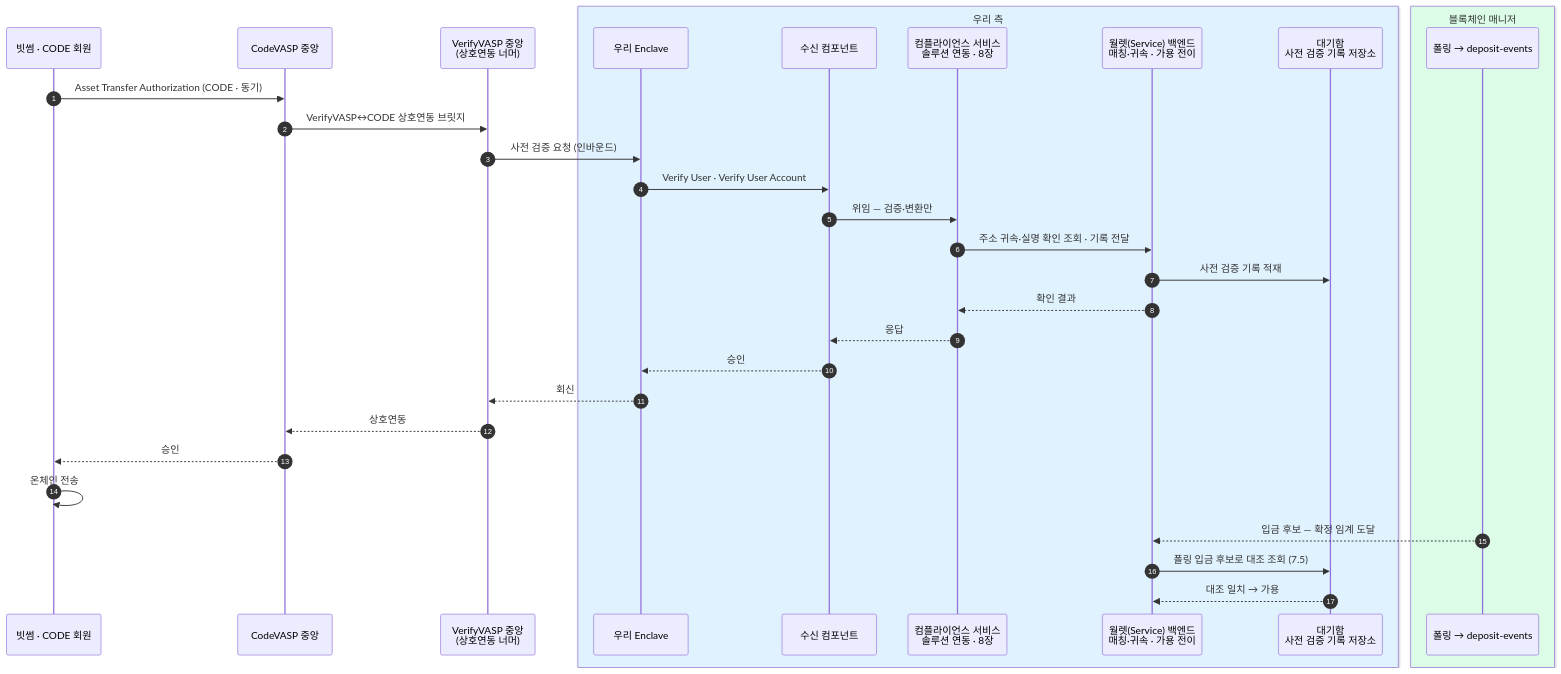
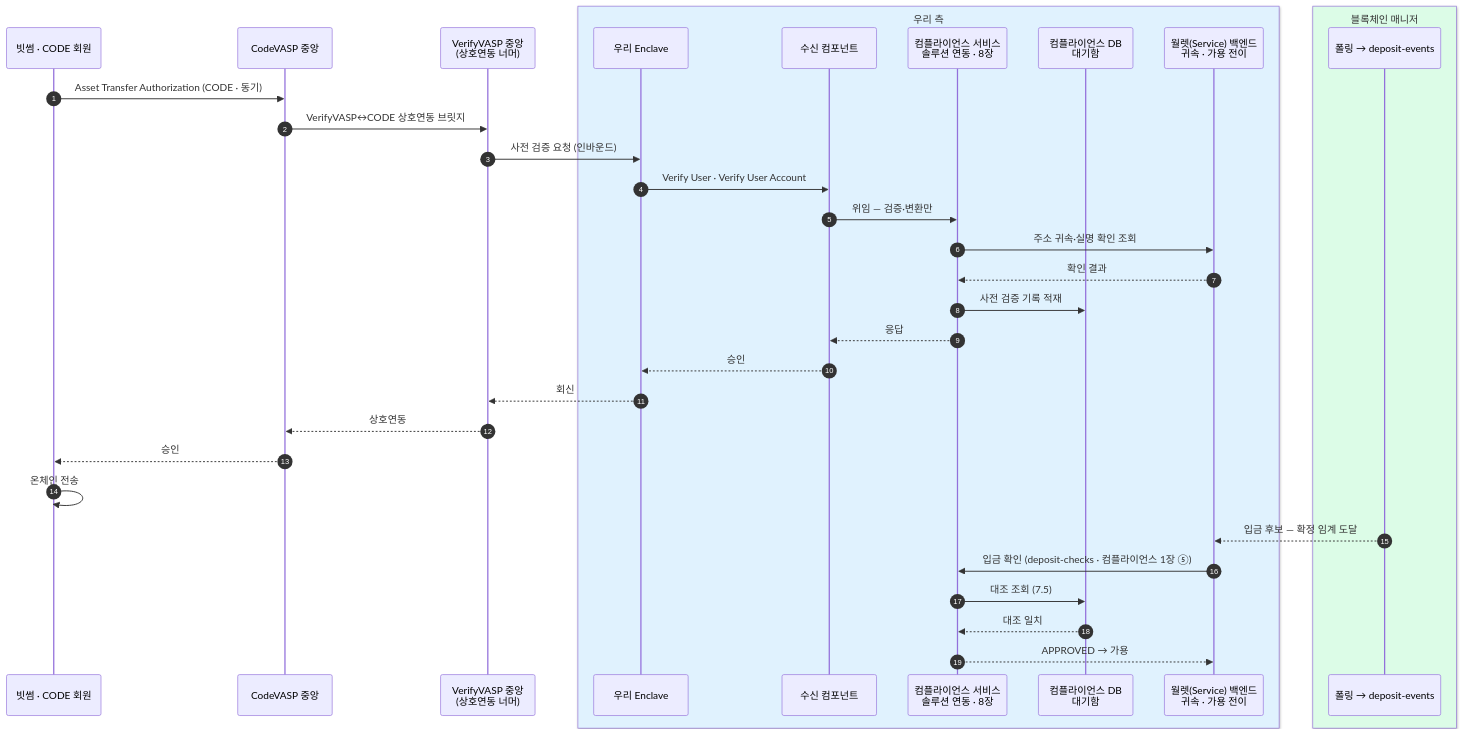
One commit to eunsujeo/eunpus changed the second of 2 diagrams in blockchain-manager/docs/트래블룰/설계/11-appendix-domestic-flows.md. Above: the diagram before and after it, drawn with Mermaid. The commit also changed other lines of this file and 10 other files, not shown here.

````diff
--- a/blockchain-manager/docs/트래블룰/설계/11-appendix-domestic-flows.md
+++ b/blockchain-manager/docs/트래블룰/설계/11-appendix-domestic-flows.md
@@ -72,35 +72,37 @@
 ```mermaid
 sequenceDiagram
     autonumber
     participant SV as 빗썸 · CODE 회원
     participant CV as CodeVASP 중앙
     participant HUB as VerifyVASP 중앙<br/>(상호연동 너머)
     box rgb(224,242,254) 우리 측
     participant EN as 우리 Enclave
     participant RX as 수신 컴포넌트
     participant TR as 컴플라이언스 서비스<br/>솔루션 연동 · 8장
-    participant BE as 월렛(Service) 백엔드<br/>매칭·귀속 · 가용 전이
-    participant WQ as 대기함<br/>사전 검증 기록 저장소
+    participant WQ as 컴플라이언스 DB<br/>대기함
+    participant BE as 월렛(Service) 백엔드<br/>귀속 · 가용 전이
     end
     box rgb(220,252,231) 블록체인 매니저
     participant BM as 폴링 → deposit-events
     end
 
     SV->>CV: Asset Transfer Authorization (CODE · 동기)
     CV->>HUB: VerifyVASP↔CODE 상호연동 브릿지
     HUB->>EN: 사전 검증 요청 (인바운드)
     EN->>RX: Verify User · Verify User Account
     RX->>TR: 위임 — 검증·변환만
-    TR->>BE: 주소 귀속·실명 확인 조회 · 기록 전달
-    BE->>WQ: 사전 검증 기록 적재
+    TR->>BE: 주소 귀속·실명 확인 조회
     BE-->>TR: 확인 결과
+    TR->>WQ: 사전 검증 기록 적재
     TR-->>RX: 응답
     RX-->>EN: 승인
     EN-->>HUB: 회신
     HUB-->>CV: 상호연동
     CV-->>SV: 승인
     SV->>SV: 온체인 전송
     BM-->>BE: 입금 후보 — 확정 임계 도달
-    BE->>WQ: 폴링 입금 후보로 대조 조회 (7.5)
-    WQ-->>BE: 대조 일치 → 가용
+    BE->>TR: 입금 확인 (deposit-checks · 컴플라이언스 1장 ⑤)
+    TR->>WQ: 대조 조회 (7.5)
+    WQ-->>TR: 대조 일치
+    TR-->>BE: APPROVED → 가용
 ```
````
